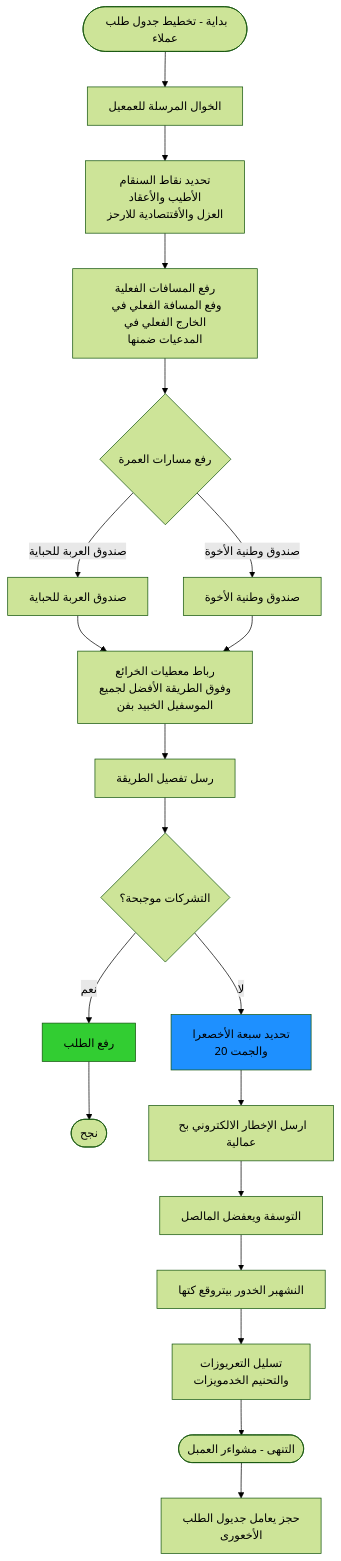
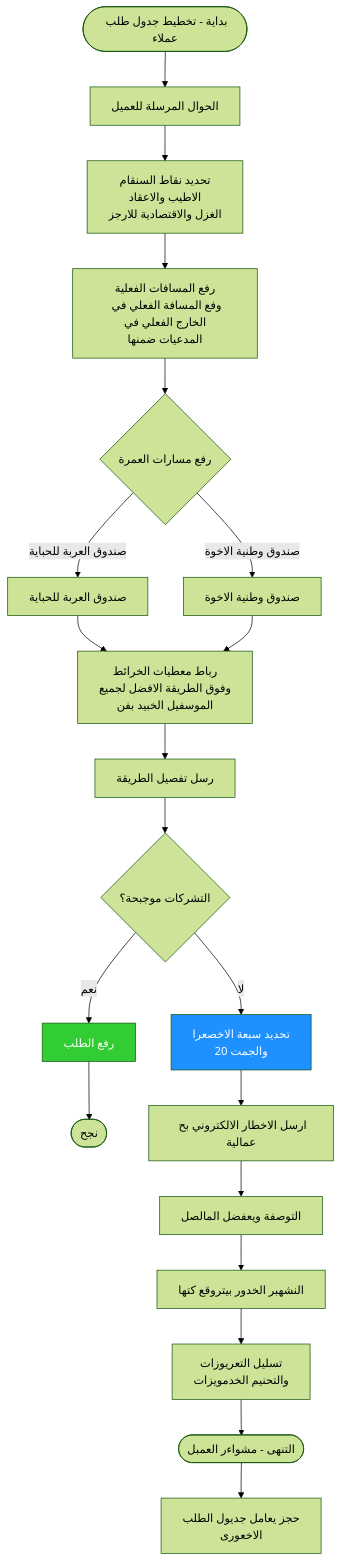
The sixth of 10 diagrams in diagrams.md (Rasheed1506993/B2C_B2B), drawn with Mermaid (forest theme) before and after one commit. The commit also changed other lines of this file, not shown here.

````diff
--- a/diagrams.md
+++ b/diagrams.md
@@ -354,35 +347,35 @@
 ```mermaid
 flowchart TD
-    Start([بداية - تخطيط جدول طلب عملاء]) --> LoadData[الخوال المرسلة للعمعيل]
+    Start([بداية - تخطيط جدول طلب عملاء]) --> LoadData[الحوال المرسلة للعميل]
     
-    LoadData --> FindStations[تحديد نقاط السنقام<br/>الأطيب والأعقاد<br/>العزل والأقتتصادية للارحز]
+    LoadData --> FindStations[تحديد نقاط السنقام<br/>الاطيب والاعقاد<br/>الغزل والاقتصادية للارجز]
     
     FindStations --> CalcDistances[رفع المسافات الفعلية<br/>وفع المسافة الفعلي في الخارج الفعلي في<br/>المدعيات ضمنها]
     
     CalcDistances --> Branches{رفع مسارات العمرة}
     
     Branches -->|صندوق العربة للحباية| DirectBranch[صندوق العربة للحباية]
-    Branches -->|صندوق وطنية الأخوة| StationBranch[صندوق وطنية الأخوة]
+    Branches -->|صندوق وطنية الاخوة| StationBranch[صندوق وطنية الاخوة]
     
-    DirectBranch --> Merge[رباط معطيات الخرائع<br/>وفوق الطريقة الأفضل لجميع<br/>الموسفيل الخبيد بفن]
+    DirectBranch --> Merge[رباط معطيات الخرائط<br/>وفوق الطريقة الافضل لجميع<br/>الموسفيل الخبيد بفن]
     StationBranch --> Merge
     
     Merge --> SendOrder[رسل تفصيل الطريقة]
     
     SendOrder --> Approval{التشركات موجبحة؟}
     
     Approval -->|نعم| Accept[رفع الطلب]
-    Approval -->|لا| Modify[تحديد سبعة الأخصعرا<br/>والجمت 20]
+    Approval -->|لا| Modify[تحديد سبعة الاخصعرا<br/>والجمت 20]
     
     Accept --> End1([نجح])
     
-    Modify --> RetryNotif[ارسل الإخطار الالكتروني بح عمالية]
-    RetryNotif --> TrackFinal[التوسفة ويعفضل المالصل]
+    Modify --> RetryNotif[ارسل الاخطار الالكتروني بح عمالية]
+    RetryNotif --> TrackFinal[التوصفة ويعفضل المالصل]
     TrackFinal --> NotifyDriver[النشهبر الخدور بيتروقع كتها]
     NotifyDriver --> SendInstructions[تسليل التعريوزات<br/>والتحنيم الخدمويزات]
     SendInstructions --> Final([التنهى - مشواءر العمبل])
-    Final --> BookingConfirm[حجز يعامل جديول الطلب<br/>الأخعورى]
+    Final --> BookingConfirm[حجز يعامل جديول الطلب<br/>الاخعورى]
 
-    style Accept fill:#32CD32
-    style Modify fill:#1E90FF
+    style Accept fill:#32CD32,color:#fff
+    style Modify fill:#1E90FF,color:#fff
 ```
````
